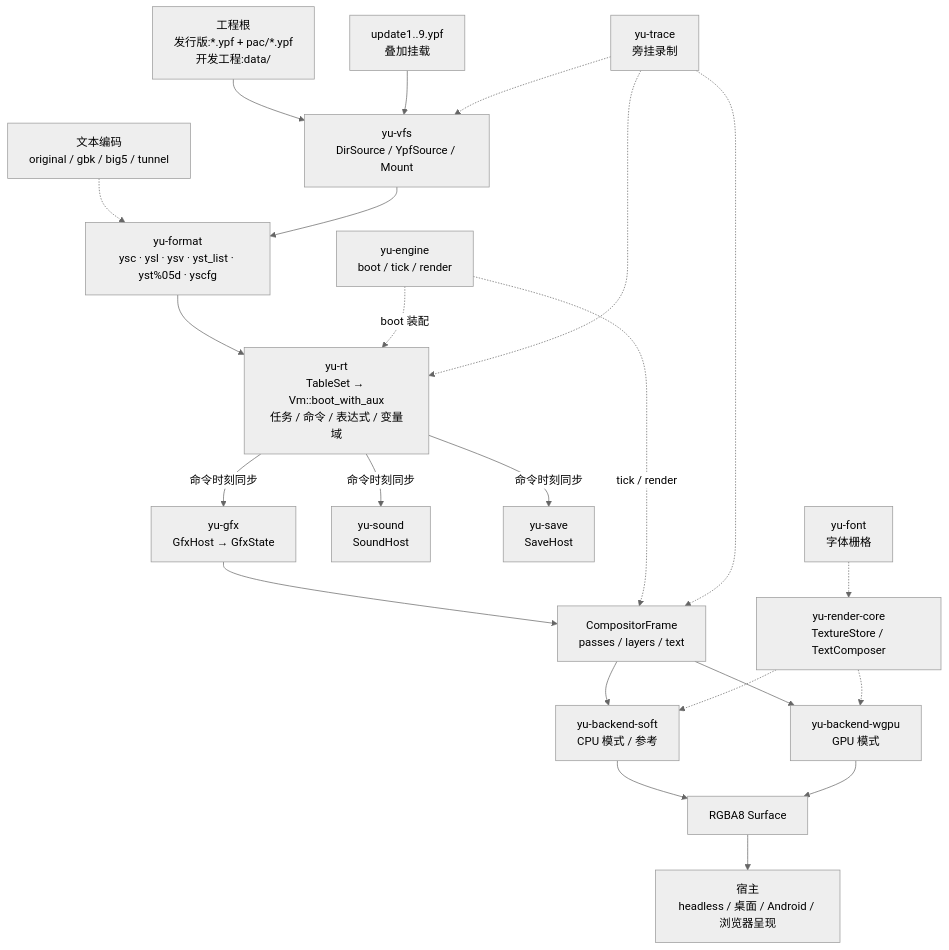
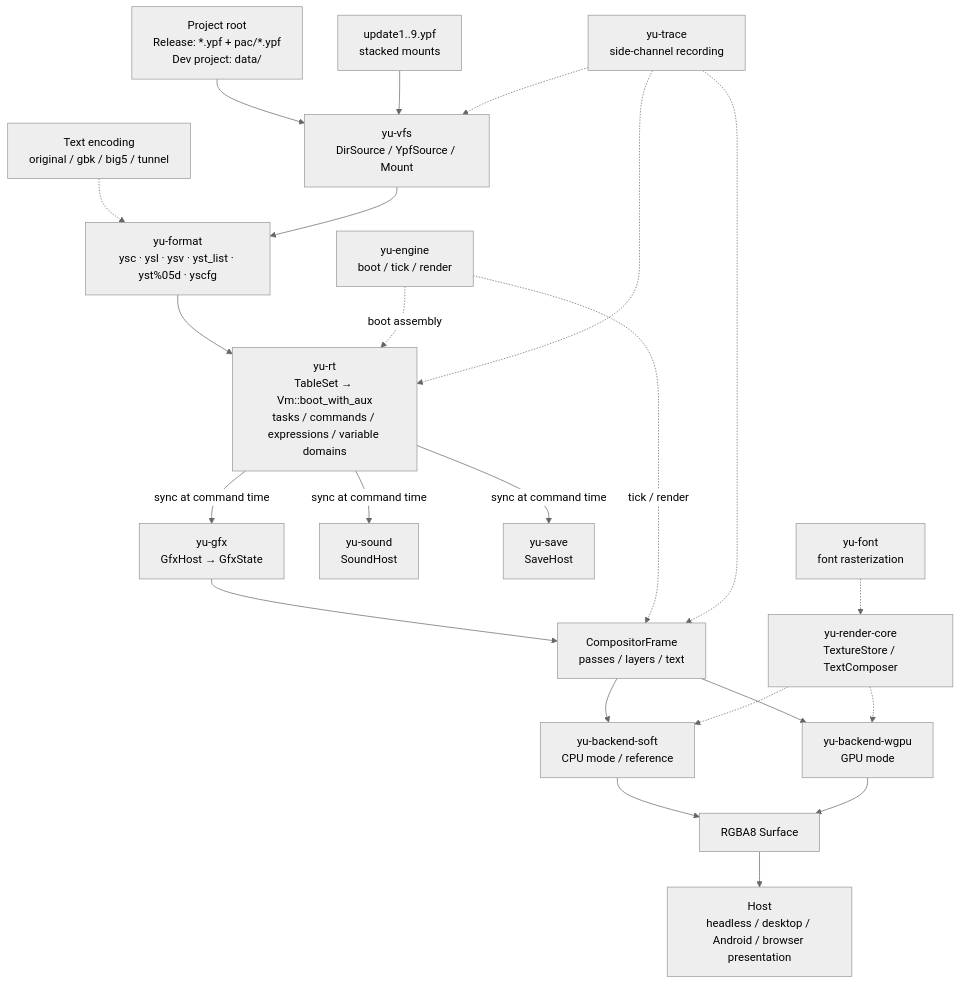
One commit to NotFaceGUI/yuris-kernel changed the diagram in README.md. Above: the diagram before and after it, drawn with Mermaid (neutral theme). The commit also changed other lines of this file and 3 other files, not shown here.

````diff
--- a/README.md
+++ b/README.md
@@ -185,43 +181,43 @@
 ```mermaid
 flowchart TD
-    PROJ["工程根<br/>发行版:*.ypf + pac/*.ypf<br/>开发工程:data/"]
-    UPD["update1..9.ypf<br/>叠加挂载"]
-    PATCH["文本编码<br/>original / gbk / big5 / tunnel"]
+    PROJ["Project root<br/>Release: *.ypf + pac/*.ypf<br/>Dev project: data/"]
+    UPD["update1..9.ypf<br/>stacked mounts"]
+    PATCH["Text encoding<br/>original / gbk / big5 / tunnel"]
     VFS["yu-vfs<br/>DirSource / YpfSource / Mount"]
     FMT["yu-format<br/>ysc · ysl · ysv · yst_list · yst%05d · yscfg"]
-    RT["yu-rt<br/>TableSet → Vm::boot_with_aux<br/>任务 / 命令 / 表达式 / 变量域"]
+    RT["yu-rt<br/>TableSet → Vm::boot_with_aux<br/>tasks / commands / expressions / variable domains"]
     GFX["yu-gfx<br/>GfxHost → GfxState"]
     SND["yu-sound<br/>SoundHost"]
     SAV["yu-save<br/>SaveHost"]
     CF["CompositorFrame<br/>passes / layers / text"]
     CORE["yu-render-core<br/>TextureStore / TextComposer"]
-    FONT["yu-font<br/>字体栅格"]
-    SOFT["yu-backend-soft<br/>CPU 模式 / 参考"]
-    WGPU["yu-backend-wgpu<br/>GPU 模式"]
+    FONT["yu-font<br/>font rasterization"]
+    SOFT["yu-backend-soft<br/>CPU mode / reference"]
+    WGPU["yu-backend-wgpu<br/>GPU mode"]
     SURF["RGBA8 Surface"]
-    HOST["宿主<br/>headless / 桌面 / Android / 浏览器呈现"]
+    HOST["Host<br/>headless / desktop / Android / browser presentation"]
     ENG["yu-engine<br/>boot / tick / render"]
-    TRACE["yu-trace<br/>旁挂录制"]
+    TRACE["yu-trace<br/>side-channel recording"]
 
     PROJ --> VFS
     UPD --> VFS
     PATCH -.-> FMT
     VFS --> FMT --> RT
-    RT -->|"命令时刻同步"| GFX
-    RT -->|"命令时刻同步"| SND
-    RT -->|"命令时刻同步"| SAV
+    RT -->|"sync at command time"| GFX
+    RT -->|"sync at command time"| SND
+    RT -->|"sync at command time"| SAV
     GFX --> CF
     CF --> SOFT
     CF --> WGPU
     FONT -.-> CORE
     CORE -.-> SOFT
     CORE -.-> WGPU
     SOFT --> SURF
     WGPU --> SURF
     SURF --> HOST
-    ENG -.->|"boot 装配"| RT
+    ENG -.->|"boot assembly"| RT
     ENG -.->|"tick / render"| CF
     TRACE -.-> VFS
     TRACE -.-> RT
     TRACE -.-> CF
 ```
````
